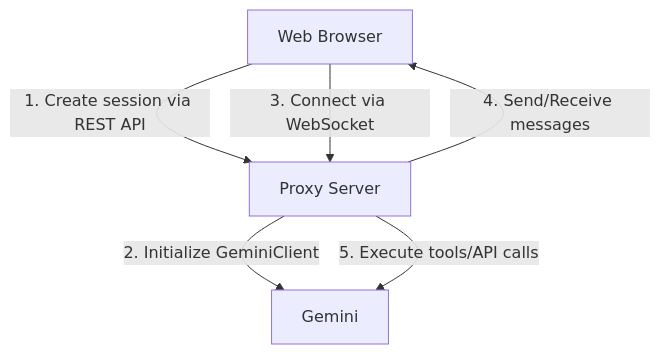
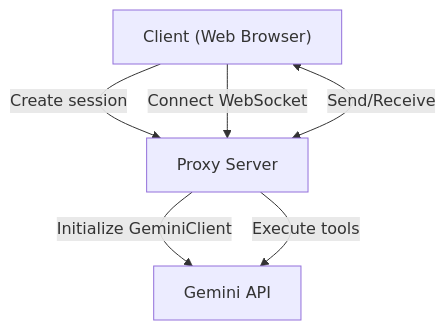
The diagram in README.md (koduki/gemini-cli-proxy), drawn with Mermaid before and after one commit. The commit also changed other lines of this file and 3 other files, not shown here.

````diff
--- a/README.md
+++ b/README.md
@@ -27,8 +27,8 @@
 ```mermaid
 graph TB
-    Client[Web Browser] -- 1. Create session via REST API --> Server[Proxy Server]
-    Server -- 2. Initialize GeminiClient --> Gemini
-    Client -- 3. Connect via WebSocket --> Server
-    Server -- 4. Send/Receive messages --> Client
-    Server -- 5. Execute tools/API calls --> Gemini
+    A["Client (Web Browser)"] -- "Create session" --> B["Proxy Server"]
+    B -- "Initialize GeminiClient" --> C["Gemini API"]
+    A -- "Connect WebSocket" --> B
+    A <--> |"Send/Receive"| B
+    B -- "Execute tools" --> C
 ```
````
